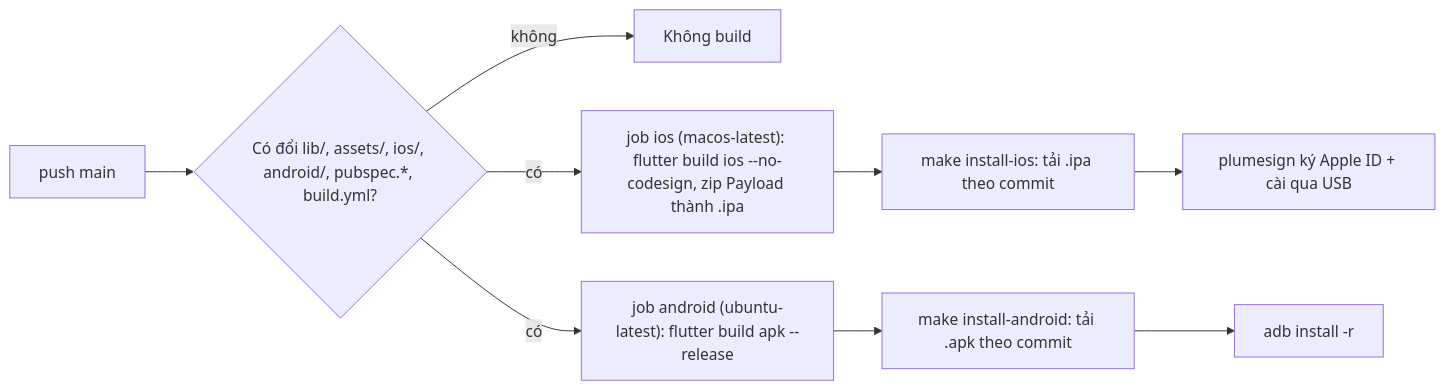
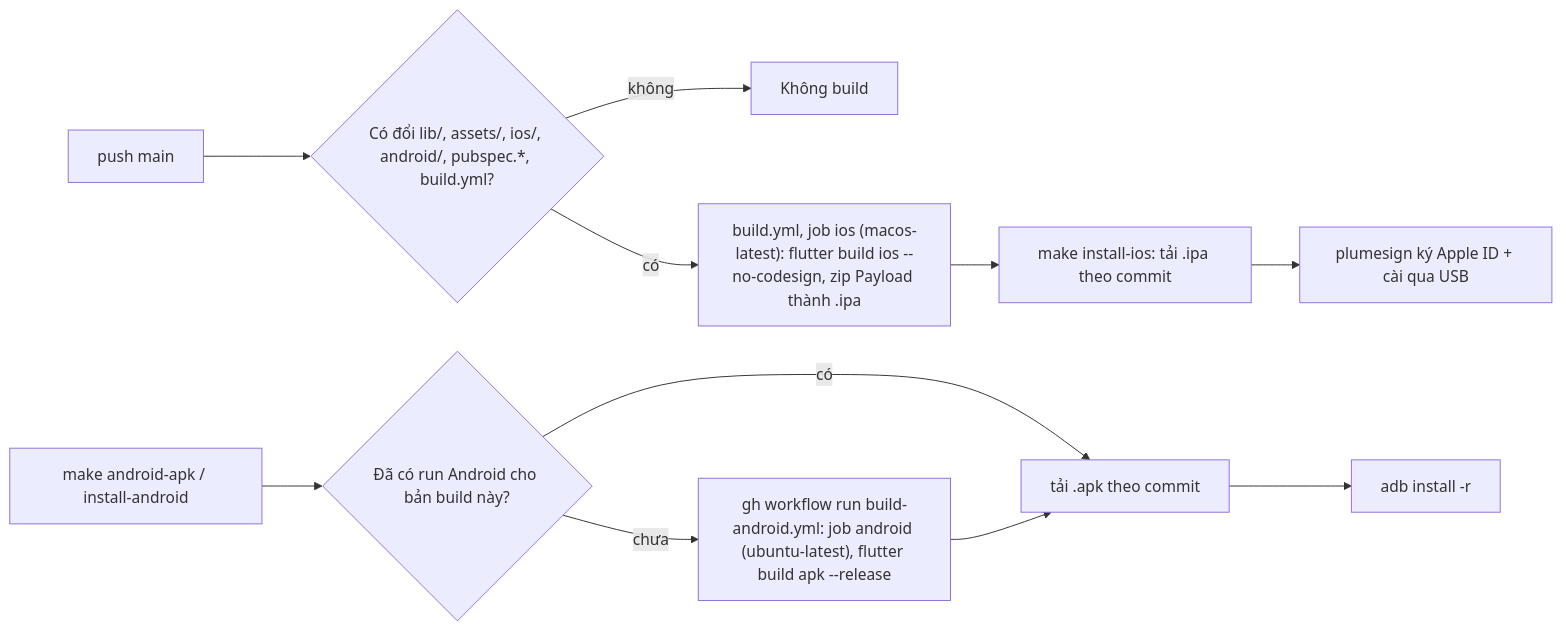
The diagram in docs/deployment_guide.md (mihb123/ttyd-keys), drawn with Mermaid before and after one commit. The commit also changed other lines of this file and 9 other files, not shown here.

````diff
--- a/docs/deployment_guide.md
+++ b/docs/deployment_guide.md
@@ -50,11 +52,13 @@
 ```mermaid
 flowchart LR
     Push["push main"] --> CM{"Có đổi lib/, assets/, ios/, android/, pubspec.*, build.yml?"}
     CM -->|"không"| Skip["Không build"]
-    CM -->|"có"| IOS["job ios (macos-latest): flutter build ios --no-codesign, zip Payload thành .ipa"]
-    CM -->|"có"| AND["job android (ubuntu-latest): flutter build apk --release"]
+    CM -->|"có"| IOS["build.yml, job ios (macos-latest): flutter build ios --no-codesign, zip Payload thành .ipa"]
     IOS --> Pull["make install-ios: tải .ipa theo commit"]
-    AND --> PullA["make install-android: tải .apk theo commit"]
+    MA["make android-apk / install-android"] --> Has{"Đã có run Android cho bản build này?"}
+    Has -->|"chưa"| AND["gh workflow run build-android.yml: job android (ubuntu-latest), flutter build apk --release"]
+    Has -->|"có"| PullA["tải .apk theo commit"]
+    AND --> PullA
     Pull --> Imp["plumesign ký Apple ID + cài qua USB"]
     PullA --> Phone["adb install -r"]
 ```
````
